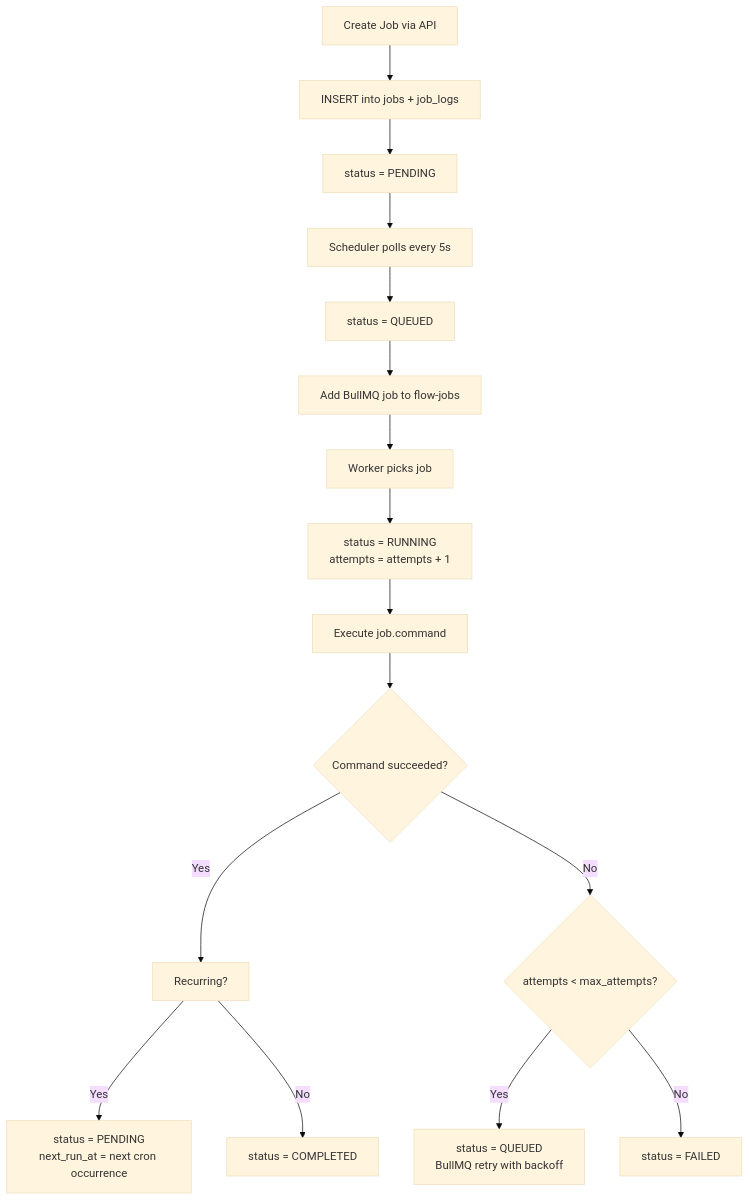
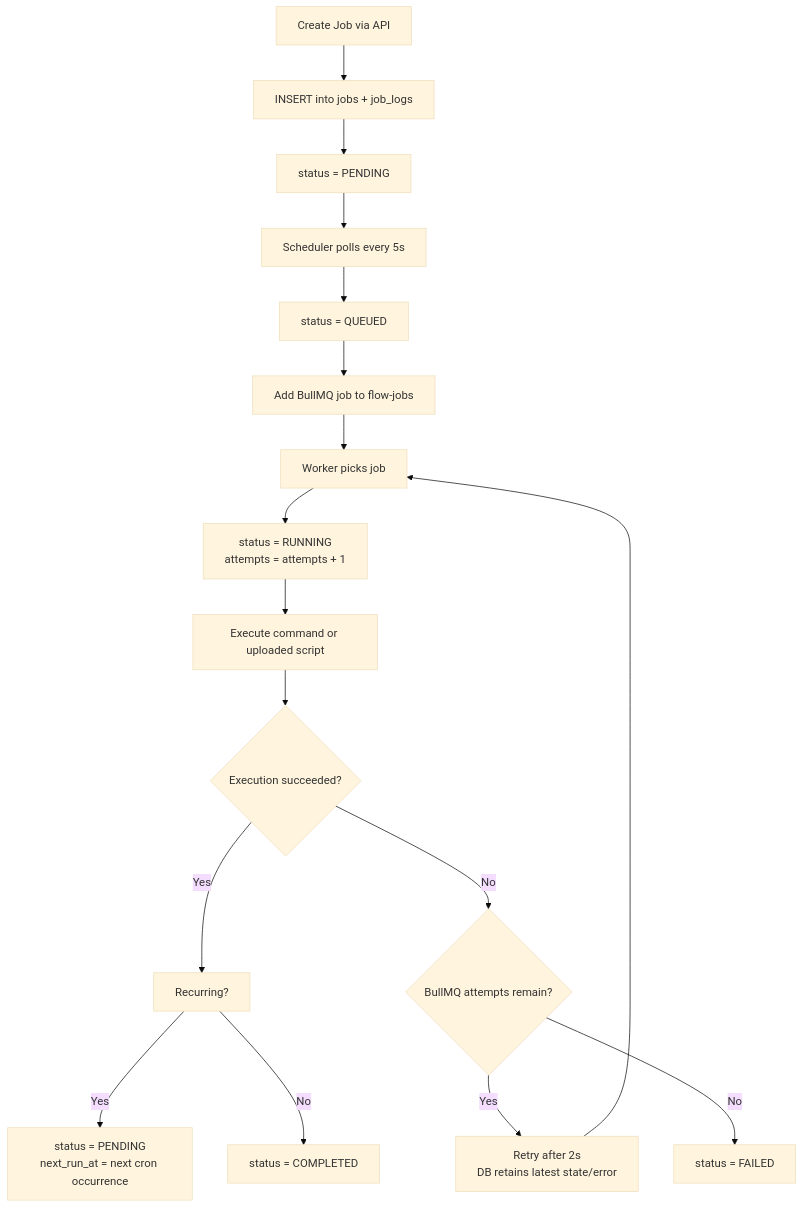
One commit to kanupriya-sharma19/FLOW changed the fourth of 6 diagrams in README.md. Above: the diagram before and after it, drawn with Mermaid (base theme). The commit also changed other lines of this file and 5 other files, not shown here.

````diff
--- a/README.md
+++ b/README.md
@@ -416,18 +416,19 @@
 ```mermaid
 flowchart TD
     A[Create Job via API] --> B[INSERT into jobs + job_logs]
     B --> C[status = PENDING]
     C --> D[Scheduler polls every 5s]
     D --> E[status = QUEUED]
     E --> F[Add BullMQ job to flow-jobs]
     F --> G[Worker picks job]
     G --> H[status = RUNNING\nattempts = attempts + 1]
-    H --> I[Execute job.command]
-    I --> J{Command succeeded?}
+    H --> I[Execute command or uploaded script]
+    I --> J{Execution succeeded?}
     J -- Yes --> K[Recurring?]
     K -- Yes --> L[status = PENDING\nnext_run_at = next cron occurrence]
     K -- No --> M[status = COMPLETED]
-    J -- No --> N{attempts < max_attempts?}
-    N -- Yes --> O[status = QUEUED\nBullMQ retry with backoff]
+    J -- No --> N{BullMQ attempts remain?}
+    N -- Yes --> O[Retry after 2s\nDB retains latest state/error]
+    O --> G
     N -- No --> P[status = FAILED]
 ```
````
